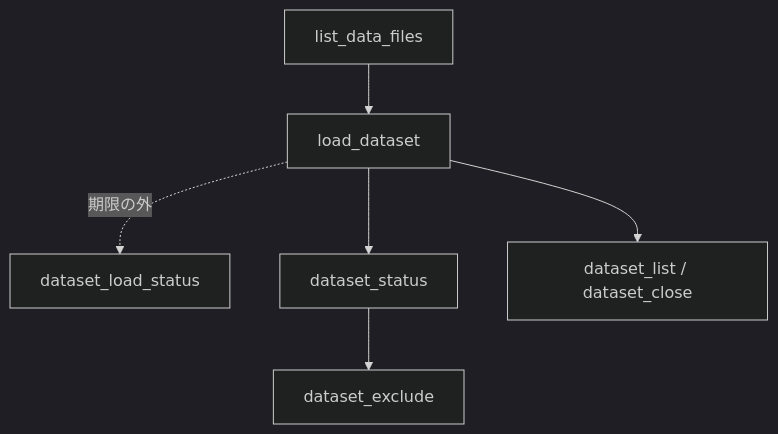
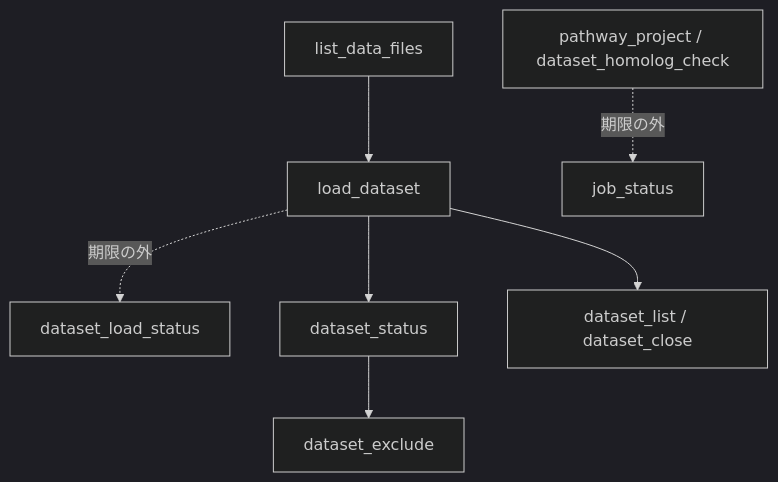
The diagram in docs/workflow/dataset.md (systemsomicslab/Metabolomix_with_LLM), drawn with Mermaid (dark theme) before and after one commit. The commit also changed other lines of this file and 41 other files, not shown here.

````diff
--- a/docs/workflow/dataset.md
+++ b/docs/workflow/dataset.md
@@ -11,8 +12,9 @@
 ```mermaid
 flowchart TD
     LDF[list_data_files] --> LD[load_dataset]
     LD -.->|期限の外| LDS[dataset_load_status]
+    LR[pathway_project / dataset_homolog_check] -.->|期限の外| JS[job_status]
     LD --> ST[dataset_status]
     ST --> EX[dataset_exclude]
     LD --> LS[dataset_list / dataset_close]
 ```
````
